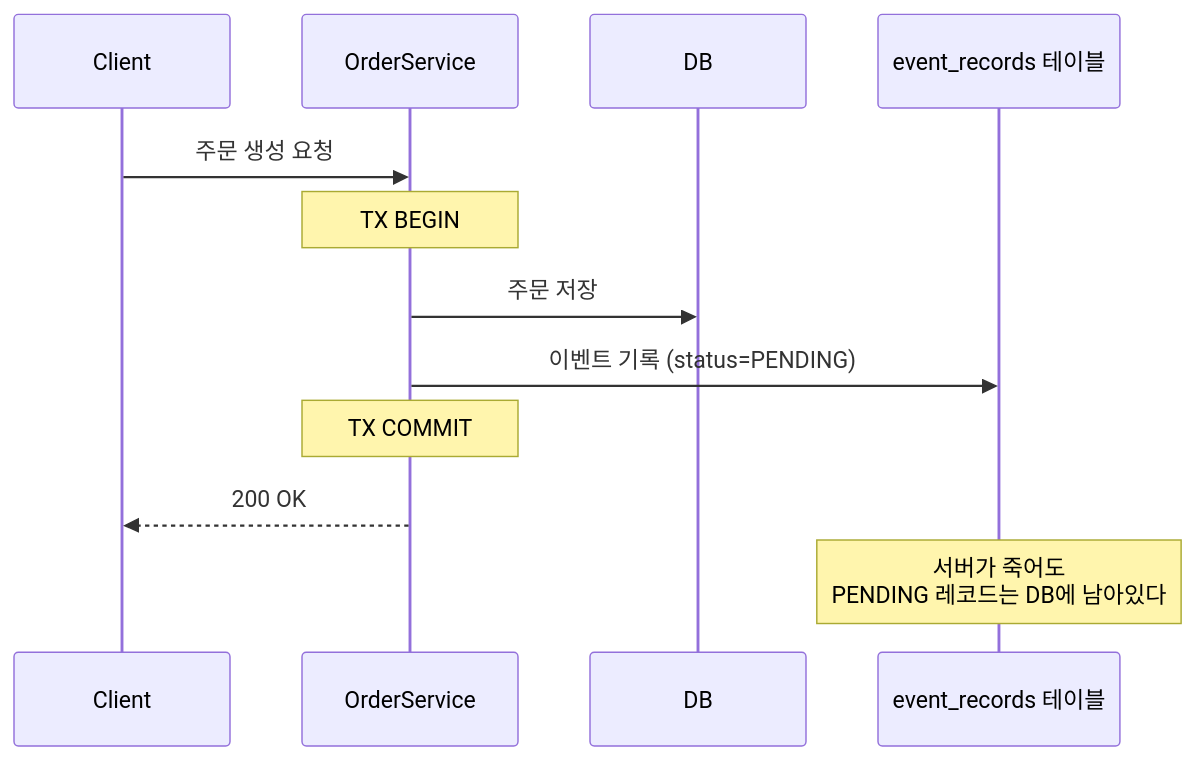
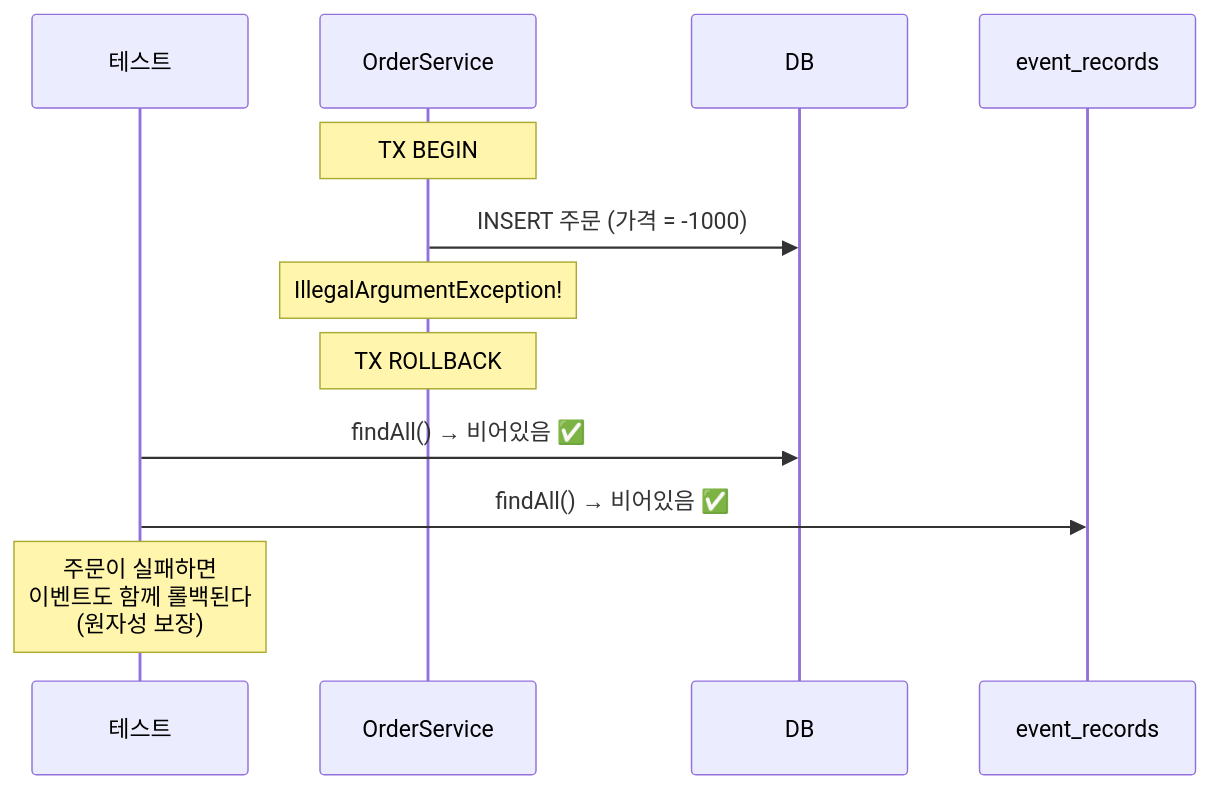
Before and after one commit to katiekim17/messaging-lab: the second of 8 diagrams in src/test/java/com/example/messaging/step3_event_store/README.md, drawn with Mermaid. The commit also changed other lines of this file and 6 other files, not shown here.

````diff
--- a/src/test/java/com/example/messaging/step3_event_store/README.md
+++ b/src/test/java/com/example/messaging/step3_event_store/README.md
@@ -42,18 +34,17 @@
 ```mermaid
 sequenceDiagram
-    participant Client
-    participant OrderService
-    participant DB
-    participant EventStore as event_records 테이블
+    participant Test as 테스트
+    participant OS as OrderService
+    participant DB as DB
+    participant ES as event_records
 
-    Client->>OrderService: 주문 생성 요청
+    Note over OS: TX BEGIN
+    OS->>DB: INSERT 주문 (가격 = -1000)
+    Note over OS: IllegalArgumentException!
+    Note over OS: TX ROLLBACK
 
-    Note over OrderService: TX BEGIN
-    OrderService->>DB: 주문 저장
-    OrderService->>EventStore: 이벤트 기록 (status=PENDING)
-    Note over OrderService: TX COMMIT
+    Test->>DB: findAll() → 비어있음 ✅
+    Test->>ES: findAll() → 비어있음 ✅
 
-    OrderService-->>Client: 200 OK
-
-    Note over EventStore: 서버가 죽어도<br/>PENDING 레코드는 DB에 남아있다
+    Note over Test: 주문이 실패하면<br/>이벤트도 함께 롤백된다<br/>(원자성 보장)
 ```
````
